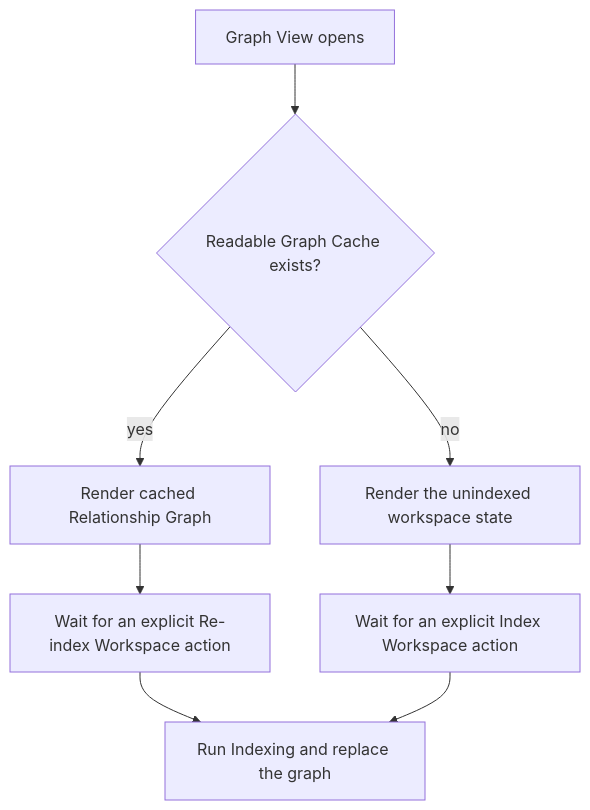
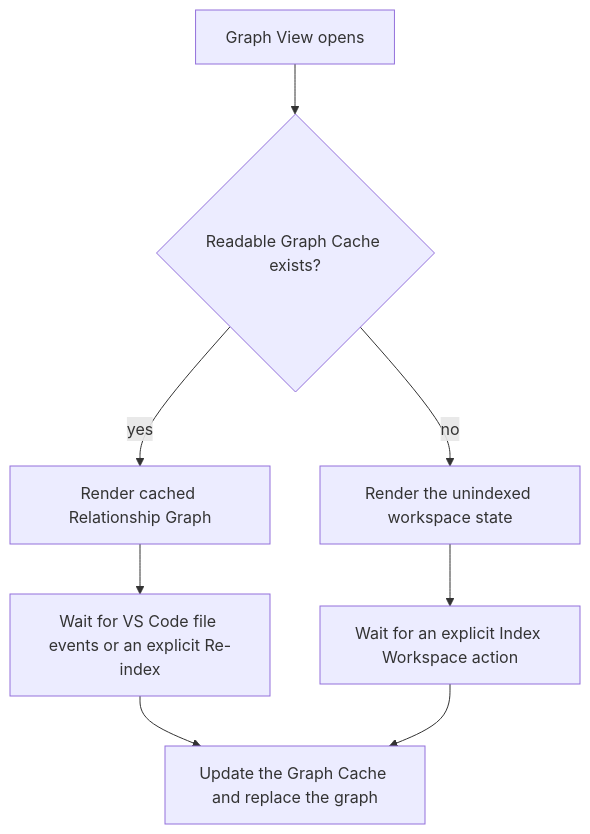
One commit to joesobo/CodeGraphyV4 changed the diagram in packages/extension/docs/graph-cache-lifecycle.md. Above: the diagram before and after it, drawn with Mermaid. The commit also changed other lines of this file and 14 other files, not shown here.

````diff
--- a/packages/extension/docs/graph-cache-lifecycle.md
+++ b/packages/extension/docs/graph-cache-lifecycle.md
@@ -9,10 +9,10 @@
 ```mermaid
 flowchart TD
   A["Graph View opens"] --> B{"Readable Graph Cache exists?"}
   B -->|"yes"| C["Render cached Relationship Graph"]
   B -->|"no"| D["Render the unindexed workspace state"]
-  C --> E["Wait for an explicit Re-index Workspace action"]
+  C --> E["Wait for VS Code file events or an explicit Re-index"]
   D --> F["Wait for an explicit Index Workspace action"]
-  E --> G["Run Indexing and replace the graph"]
+  E --> G["Update the Graph Cache and replace the graph"]
   F --> G
 ```
````
